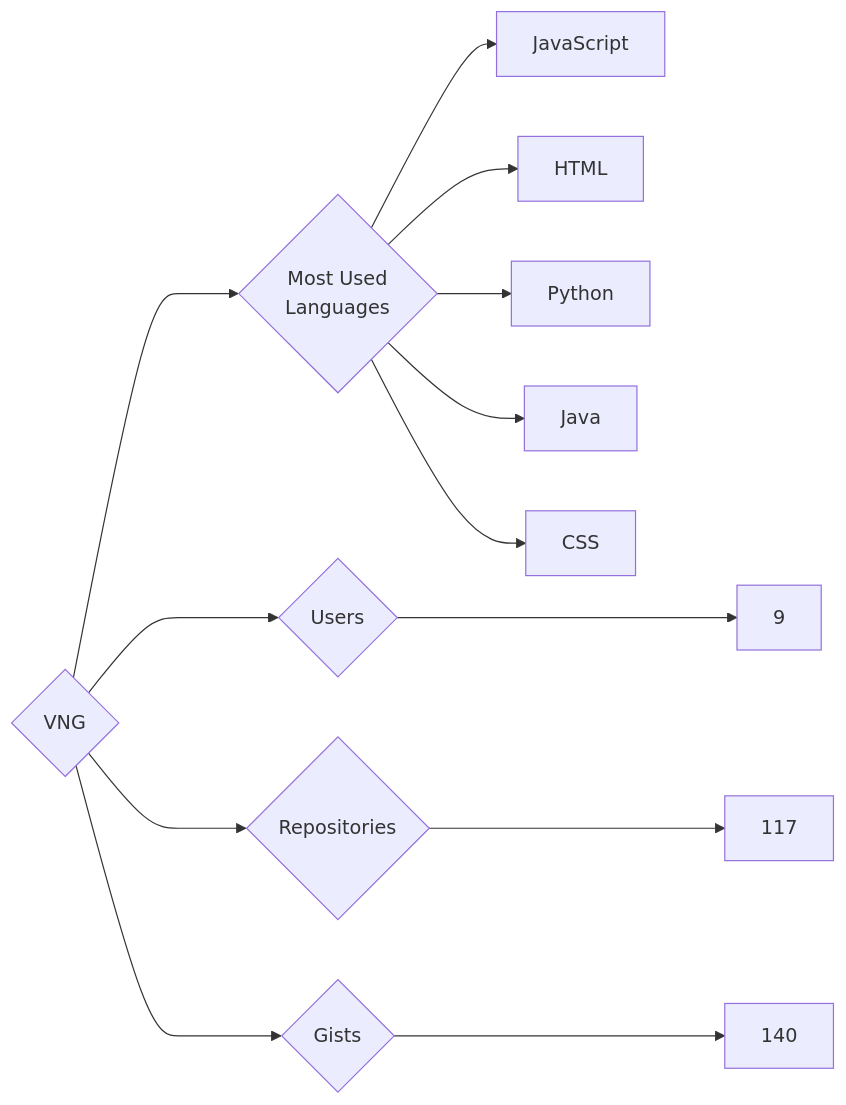
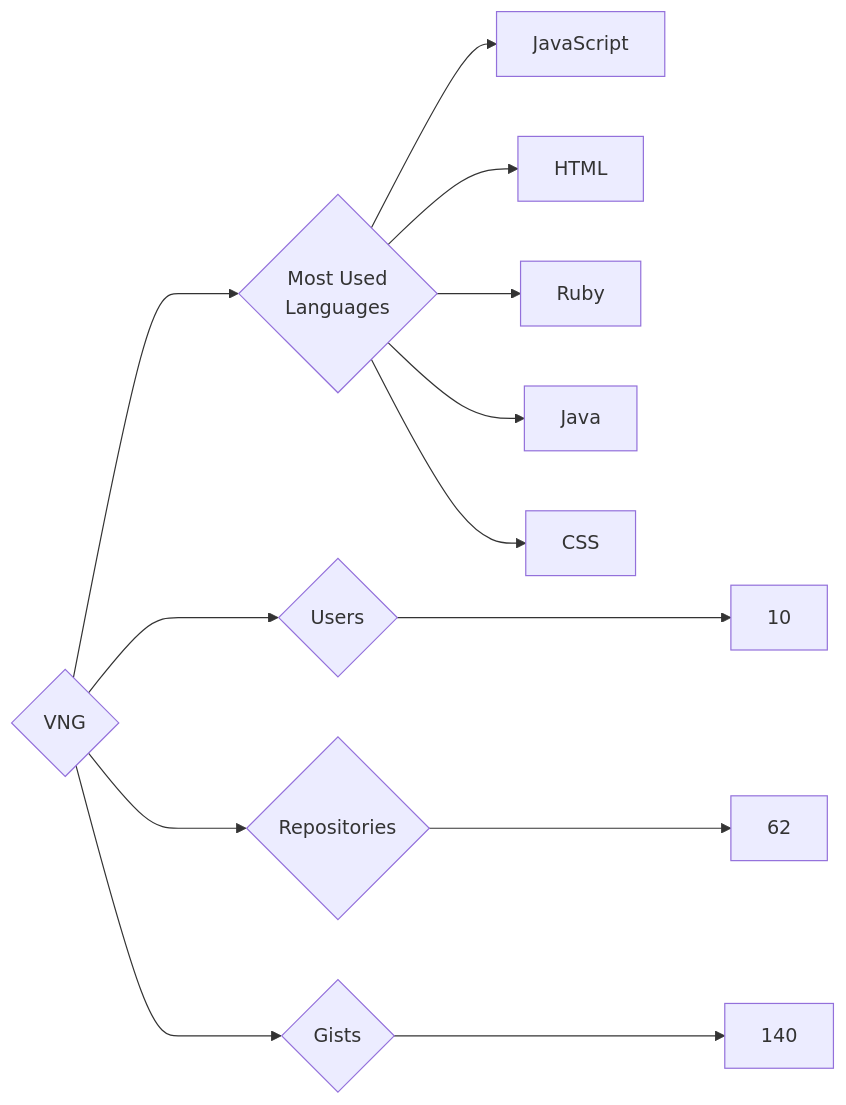
The diagram in targets/VNG/README.md (trickest/insiders), drawn with Mermaid before and after one commit. The commit also changed 1389 other files, not shown here.

````diff
--- a/targets/VNG/README.md
+++ b/targets/VNG/README.md
@@ -3,13 +3,13 @@
 ```mermaid
 graph LR
 COMPANY_NAME{VNG}
-COMPANY_NAME ---> U{Users} ---> UN[9]
-COMPANY_NAME ---> R{Repositories} ---> RN[117]
+COMPANY_NAME ---> U{Users} ---> UN[10]
+COMPANY_NAME ---> R{Repositories} ---> RN[62]
 COMPANY_NAME ---> G{Gists} ---> GN[140]
 COMPANY_NAME ---> ML{Most Used<br>Languages}
 ML --> JavaScript[JavaScript]
 ML --> HTML[HTML]
-ML --> Python[Python]
+ML --> Ruby[Ruby]
 ML --> Java[Java]
 ML --> CSS[CSS]
 ```
````
